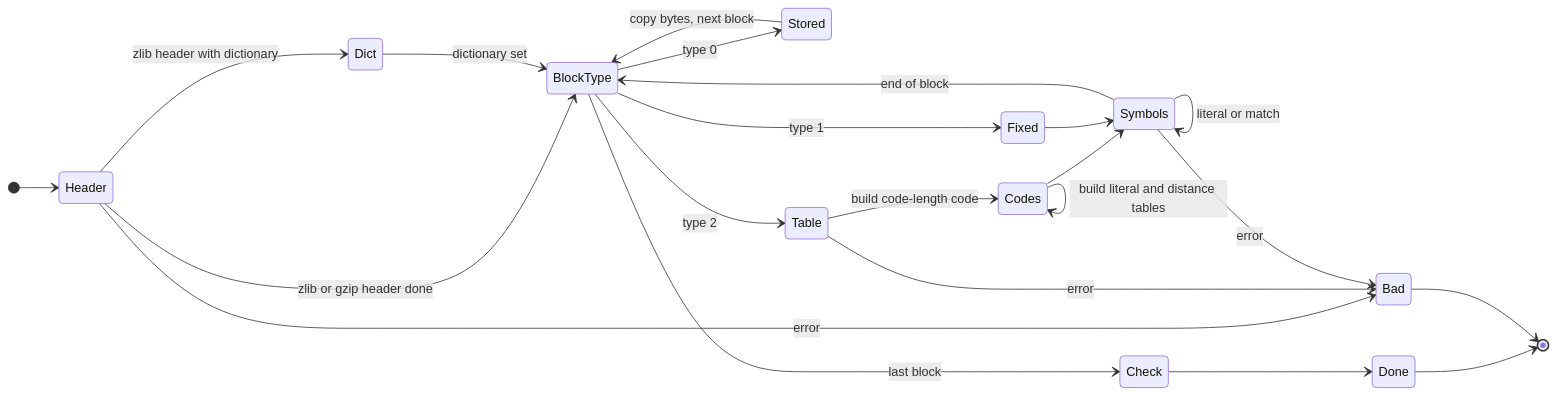
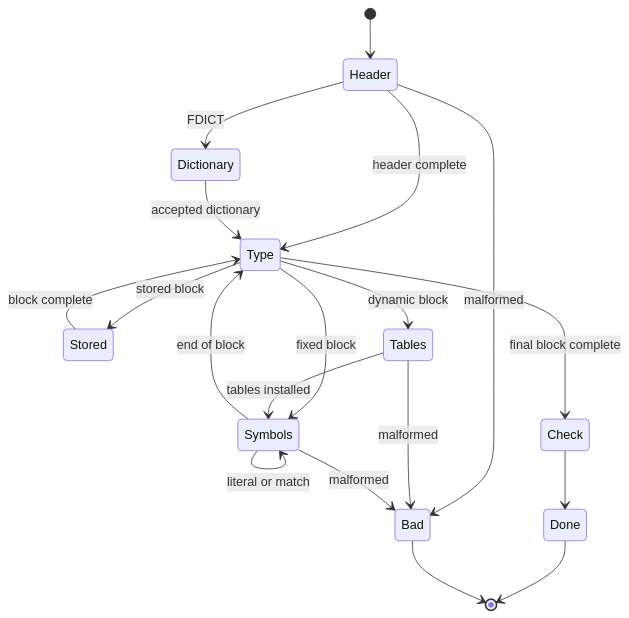
Before and after one commit to cla7aye15I4nd/zlib-f: the second of 2 diagrams in docs/proof/inflate.md, drawn with Mermaid. The commit also changed other lines of this file and 95 other files, not shown here.

````diff
--- a/docs/proof/inflate.md
+++ b/docs/proof/inflate.md
@@ -102,26 +90,21 @@
 ```mermaid
 stateDiagram-v2
-    direction LR
     [*] --> Header
-    Header --> Dict : zlib header with dictionary
-    Header --> BlockType : zlib or gzip header done
-    Dict --> BlockType : dictionary set
-    BlockType --> Stored : type 0
-    BlockType --> Fixed : type 1
-    BlockType --> Table : type 2
-    Table --> Codes : build code-length code
-    Codes --> Codes : read lengths
-    Codes --> Codes : build literal and distance tables
-    Codes --> Symbols
-    Fixed --> Symbols
-    Stored --> BlockType : copy bytes, next block
-    Symbols --> Symbols : literal or match
-    Symbols --> BlockType : end of block
-    BlockType --> Check : last block
+    Header --> Dictionary: FDICT
+    Header --> Type: header complete
+    Dictionary --> Type: accepted dictionary
+    Type --> Stored: stored block
+    Type --> Tables: dynamic block
+    Type --> Symbols: fixed block
+    Tables --> Symbols: tables installed
+    Stored --> Type: block complete
+    Symbols --> Symbols: literal or match
+    Symbols --> Type: end of block
+    Type --> Check: final block complete
     Check --> Done
-    Header --> Bad : error
-    Table --> Bad : error
-    Symbols --> Bad : error
+    Header --> Bad: malformed
+    Tables --> Bad: malformed
+    Symbols --> Bad: malformed
     Done --> [*]
     Bad --> [*]
 ```
````
